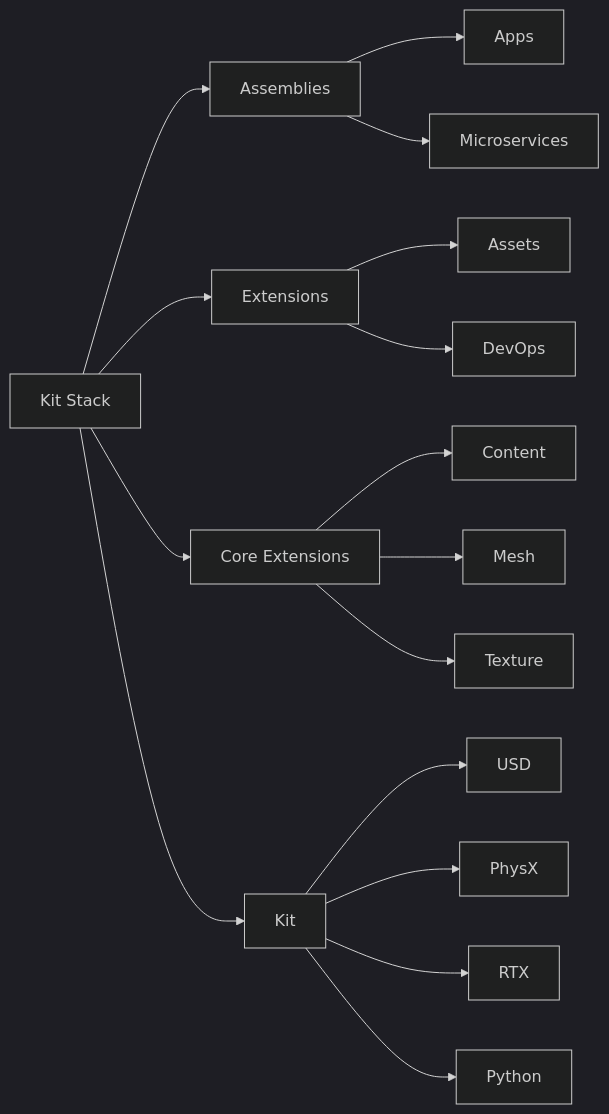
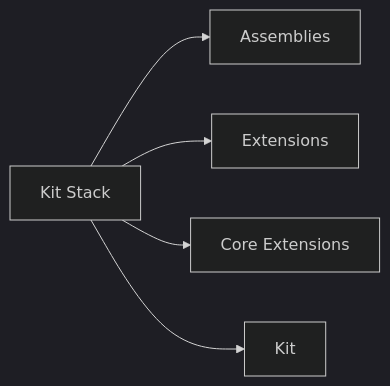
Before and after one commit to g0v-data/g0v-hackmd-archive: the second of 2 diagrams in notes/mHTtI4mNT9iUOnjttJnTkg.md, drawn with Mermaid (dark theme). The commit also changed 5 other files, not shown here.

````diff
--- a/notes/mHTtI4mNT9iUOnjttJnTkg.md
+++ b/notes/mHTtI4mNT9iUOnjttJnTkg.md
@@ -37,26 +37,13 @@
 ```mermaid
 flowchart LR
     KS[Kit Stack]
 
     KS --> A[Assemblies]
     KS --> E[Extensions]
     KS --> CE[Core Extensions]
     KS --> K[Kit]
    
 
-    A --> App[Apps]
-    A --> Micro[Microservices]
-
-    E --> Assets[Assets]
-    E --> DevOps[DevOps]
-
-    CE --> Content[Content]
-    CE --> Mesh[Mesh]
-    CE --> Texture[Texture]
-
-    K --> USD[USD]
-    K --> PhysX[PhysX]
-    K --> RTX[RTX]
-    K --> PY[Python]
+    
 
 ```
````
